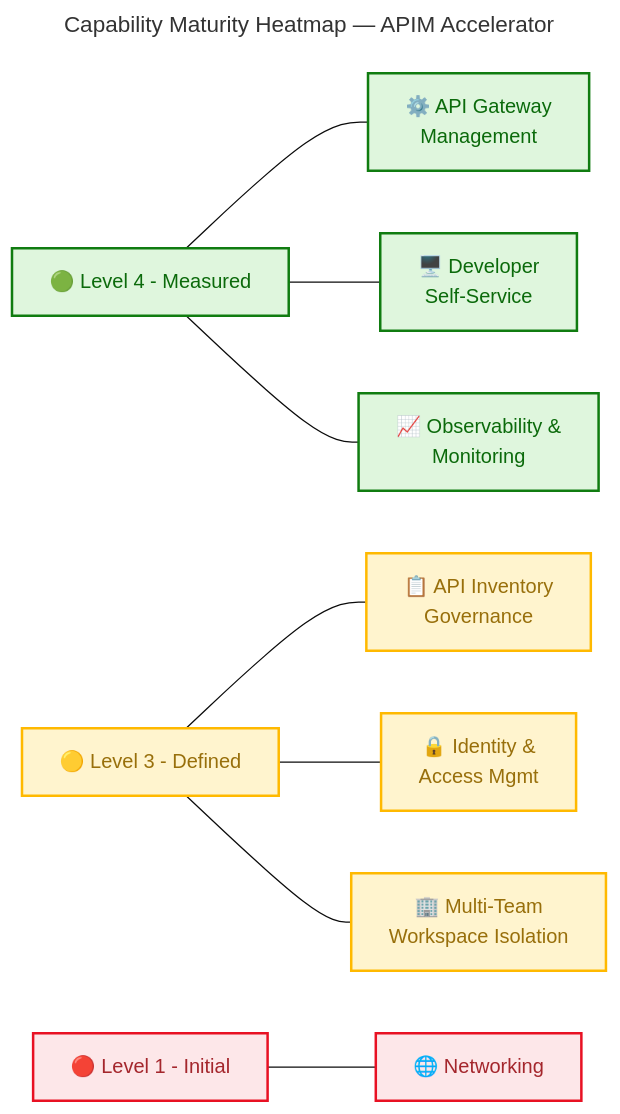
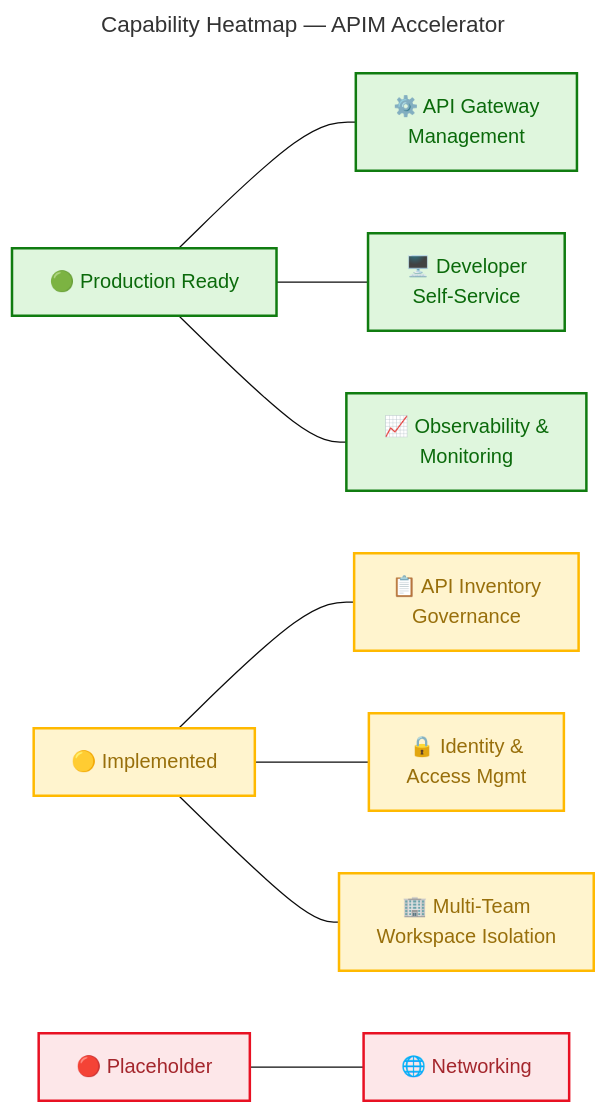
Before and after one commit to Evilazaro/APIM-Accelerator: the second of 7 diagrams in docs/architecture/business-architecture.md, drawn with Mermaid. The commit also changed other lines of this file, not shown here.

````diff
--- a/docs/architecture/business-architecture.md
+++ b/docs/architecture/business-architecture.md
@@ -315,45 +300,45 @@
 ```mermaid
 ---
-title: "Capability Maturity Heatmap — APIM Accelerator"
+title: "Capability Heatmap — APIM Accelerator"
 config:
   theme: base
   look: classic
   layout: dagre
   themeVariables:
     fontSize: '16px'
 ---
 flowchart LR
-    accTitle: Capability Maturity Heatmap
-    accDescr: Visual heatmap showing each business capability colored by its maturity level from Initial to Measured
+    accTitle: Capability Heatmap
+    accDescr: Visual heatmap showing each business capability colored by readiness level
 
     %% ═══════════════════════════════════════════════════════════════════════════
     %% AZURE / FLUENT ARCHITECTURE PATTERN v1.1
     %% (Semantic + Structural + Font + Accessibility Governance)
     %% ═══════════════════════════════════════════════════════════════════════════
     %% PHASE 1 - STRUCTURAL: Direction explicit, flat topology, nesting ≤ 3
     %% PHASE 2 - SEMANTIC: Colors justified, max 5 semantic classes, neutral-first
     %% PHASE 3 - FONT: Dark text on light backgrounds, contrast ≥ 4.5:1
     %% PHASE 4 - ACCESSIBILITY: accTitle/accDescr present, icons on all nodes
     %% PHASE 5 - STANDARD: Governance block present, classDefs centralized
     %% ═══════════════════════════════════════════════════════════════════════════
 
-    L4["🟢 Level 4 - Measured"]:::success
-    L3["🟡 Level 3 - Defined"]:::warning
-    L1["🔴 Level 1 - Initial"]:::danger
+    L4["🟢 Production Ready"]:::success
+    L3["🟡 Implemented"]:::warning
+    L1["🔴 Placeholder"]:::danger
 
     L4 --- gw["⚙️ API Gateway<br/>Management"]:::success
     L4 --- ds["🖥️ Developer<br/>Self-Service"]:::success
     L4 --- ob["📈 Observability &<br/>Monitoring"]:::success
     L3 --- ig["📋 API Inventory<br/>Governance"]:::warning
     L3 --- ia["🔒 Identity &<br/>Access Mgmt"]:::warning
     L3 --- ws["🏢 Multi-Team<br/>Workspace Isolation"]:::warning
     L1 --- nw["🌐 Networking"]:::danger
 
     classDef neutral  fill:#FAFAFA,stroke:#8A8886,stroke-width:2px,color:#323130
     classDef core     fill:#DEECF9,stroke:#0078D4,stroke-width:2px,color:#004578
     classDef success  fill:#DFF6DD,stroke:#107C10,stroke-width:2px,color:#0B6A0B
     classDef warning  fill:#FFF4CE,stroke:#FFB900,stroke-width:2px,color:#986F0B
     classDef danger   fill:#FDE7E9,stroke:#E81123,stroke-width:2px,color:#A4262C
     classDef data     fill:#E1DFDD,stroke:#8378DE,stroke-width:2px,color:#5B5FC7
     classDef external fill:#F3F2F1,stroke:#605E5C,stroke-width:2px,color:#323130
 ```
````
